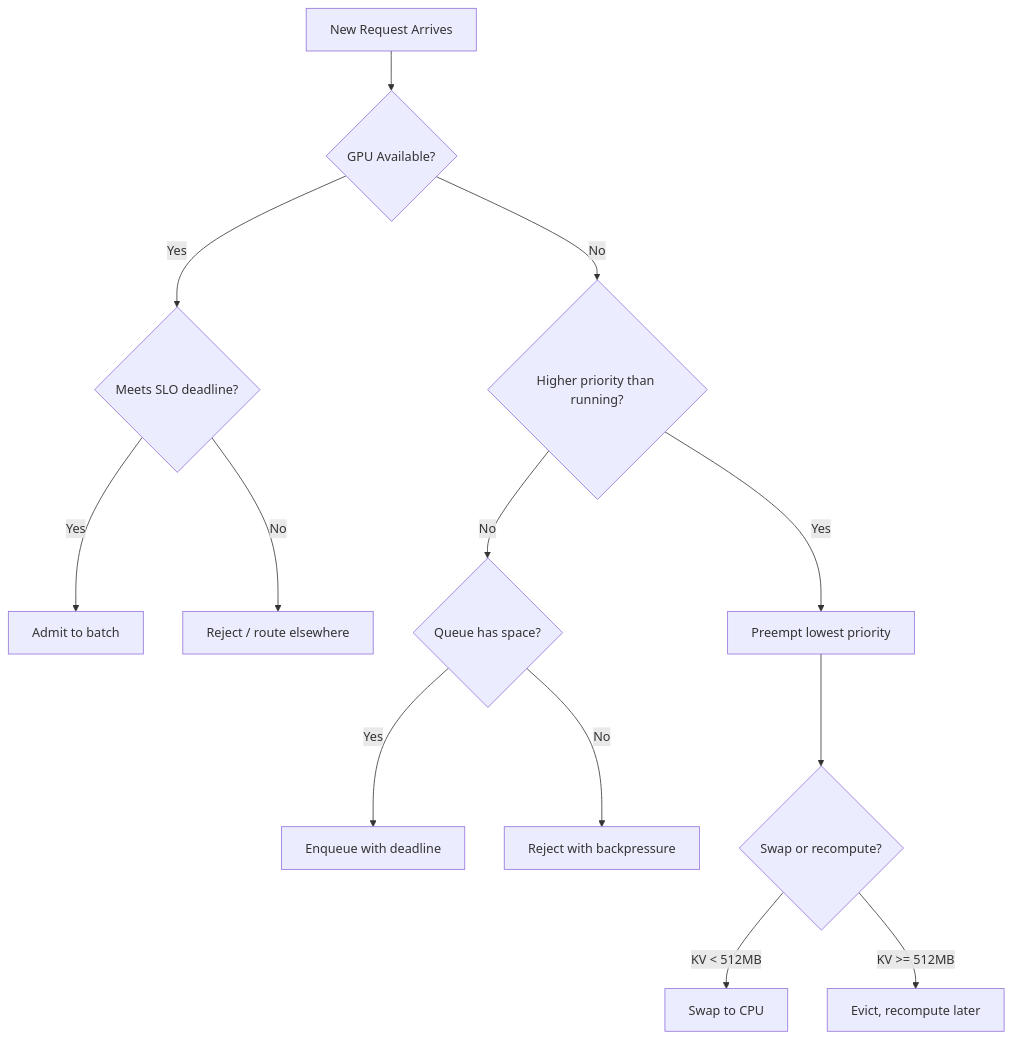
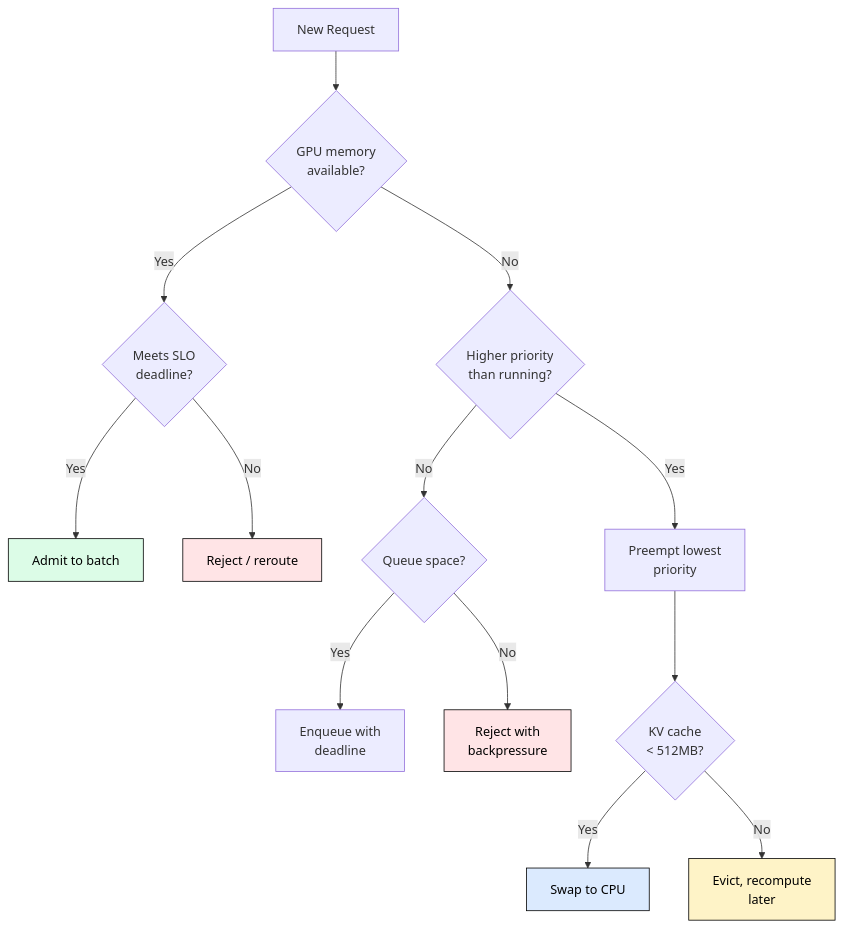
Before and after one commit to harshuljain13/llm-inference-at-scale: the third of 4 diagrams in content/10_production_stories/09.3_mixed_workload_management/mixed_workload_management.md, drawn with Mermaid. The commit also changed other lines of this file and 89 other files, not shown here.

````diff
--- a/content/10_production_stories/09.3_mixed_workload_management/mixed_workload_management.md
+++ b/content/10_production_stories/09.3_mixed_workload_management/mixed_workload_management.md
@@ -93,15 +62,21 @@
 ```mermaid
 flowchart TD
-    A[New Request Arrives] --> B{GPU Available?}
-    B -->|Yes| C{Meets SLO deadline?}
-    C -->|Yes| D[Admit to batch]
-    C -->|No| E[Reject / route elsewhere]
-    B -->|No| F{Higher priority than running?}
-    F -->|Yes| G[Preempt lowest priority]
-    F -->|No| H{Queue has space?}
-    H -->|Yes| I[Enqueue with deadline]
-    H -->|No| J[Reject with backpressure]
-    G --> K{Swap or recompute?}
-    K -->|KV < 512MB| L[Swap to CPU]
-    K -->|KV >= 512MB| M[Evict, recompute later]
+    A["New Request"] --> B{"GPU memory<br/>available?"}
+    B -->|Yes| C{"Meets SLO<br/>deadline?"}
+    C -->|Yes| D["Admit to batch"]
+    C -->|No| E["Reject / reroute"]
+    B -->|No| F{"Higher priority<br/>than running?"}
+    F -->|Yes| G["Preempt lowest<br/>priority"]
+    F -->|No| H{"Queue space?"}
+    H -->|Yes| I["Enqueue with<br/>deadline"]
+    H -->|No| J["Reject with<br/>backpressure"]
+    G --> K{"KV cache<br/>< 512MB?"}
+    K -->|Yes| L["Swap to CPU"]
+    K -->|No| M["Evict, recompute<br/>later"]
+
+    style D fill:#dcfce7,stroke:#000,color:#000
+    style E fill:#ffe4e6,stroke:#000,color:#000
+    style J fill:#ffe4e6,stroke:#000,color:#000
+    style L fill:#dbeafe,stroke:#000,color:#000
+    style M fill:#fef3c7,stroke:#000,color:#000
 ```
````
